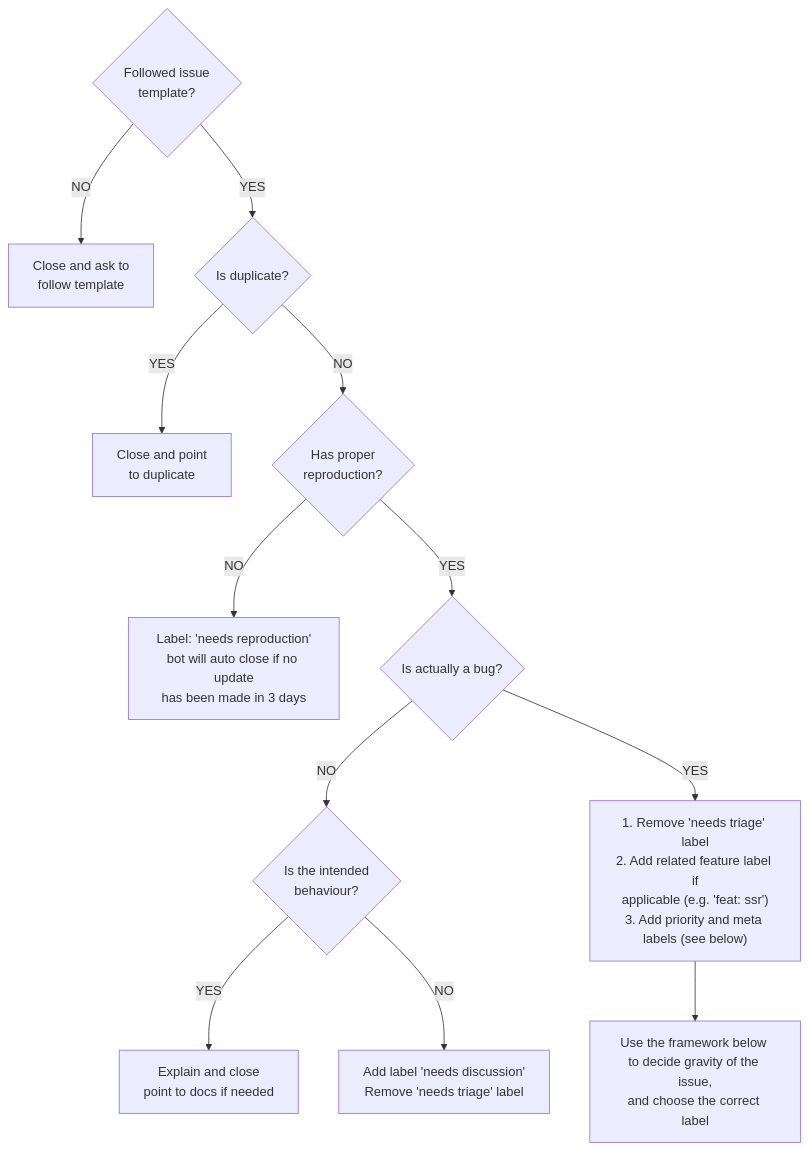
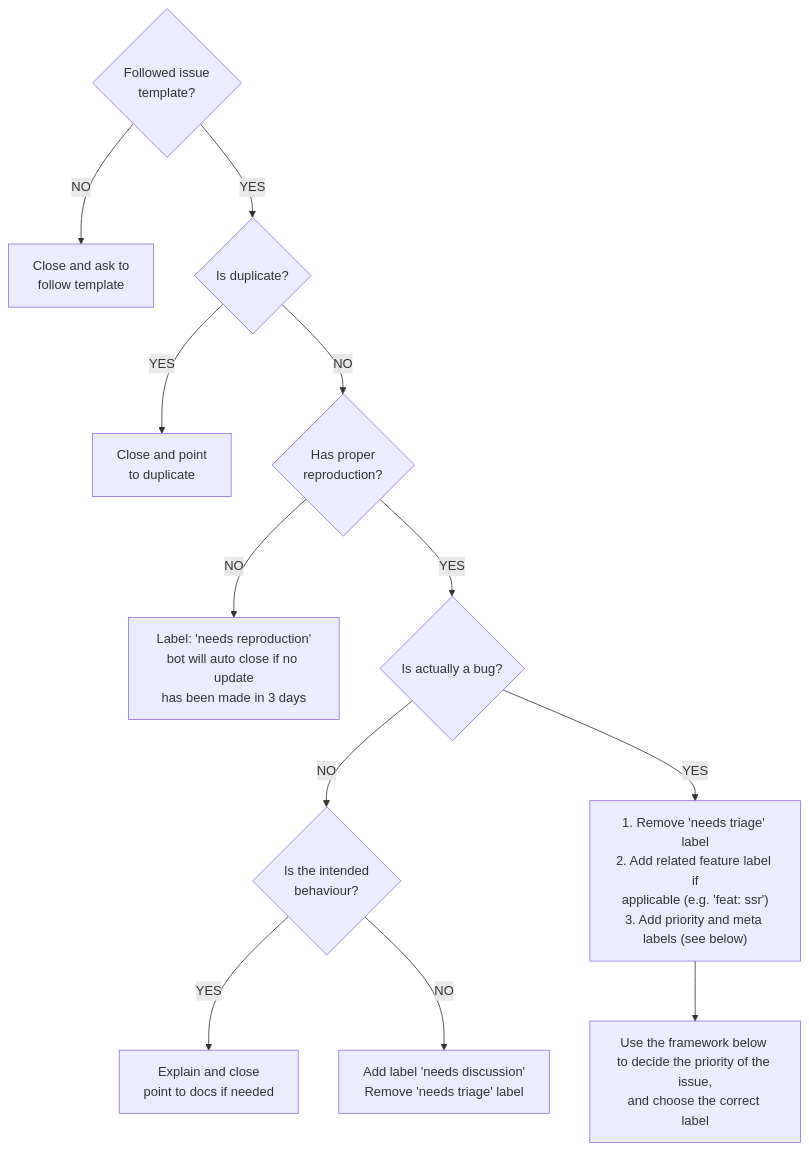
The diagram in CONTRIBUTING.md (withastro/astro), drawn with Mermaid before and after one commit.

````diff
--- a/CONTRIBUTING.md
+++ b/CONTRIBUTING.md
@@ -178,16 +178,16 @@
 ```mermaid
 graph TD;
     start{Followed issue\ntemplate?}
     start --NO--> close1[Close and ask to\nfollow template]
     start --YES--> dupe{Is duplicate?}
     dupe --YES--> close2[Close and point\nto duplicate]
     dupe --NO--> repro{Has proper\nreproduction?}
     repro --NO--> close3[Label: 'needs reproduction'\nbot will auto close if no update\nhas been made in 3 days]
     repro --YES--> real{Is actually a bug?}
     real --NO--> intended{Is the intended\nbehaviour?}
     intended --YES--> explain[Explain and close\npoint to docs if needed]
     intended --NO--> open[Add label 'needs discussion'\nRemove 'needs triage' label]
     real --YES--> real2["1. Remove 'needs triage' label\n2. Add related feature label if\napplicable (e.g. 'feat: ssr')\n3. Add priority and meta labels (see below)"]
-    real2 --> tolabel[Use the framework below to decide gravity of the issue,\nand choose the correct label]
+    real2 --> tolabel[Use the framework below to decide the priority of the issue,\nand choose the correct label]
 
 ```
````
